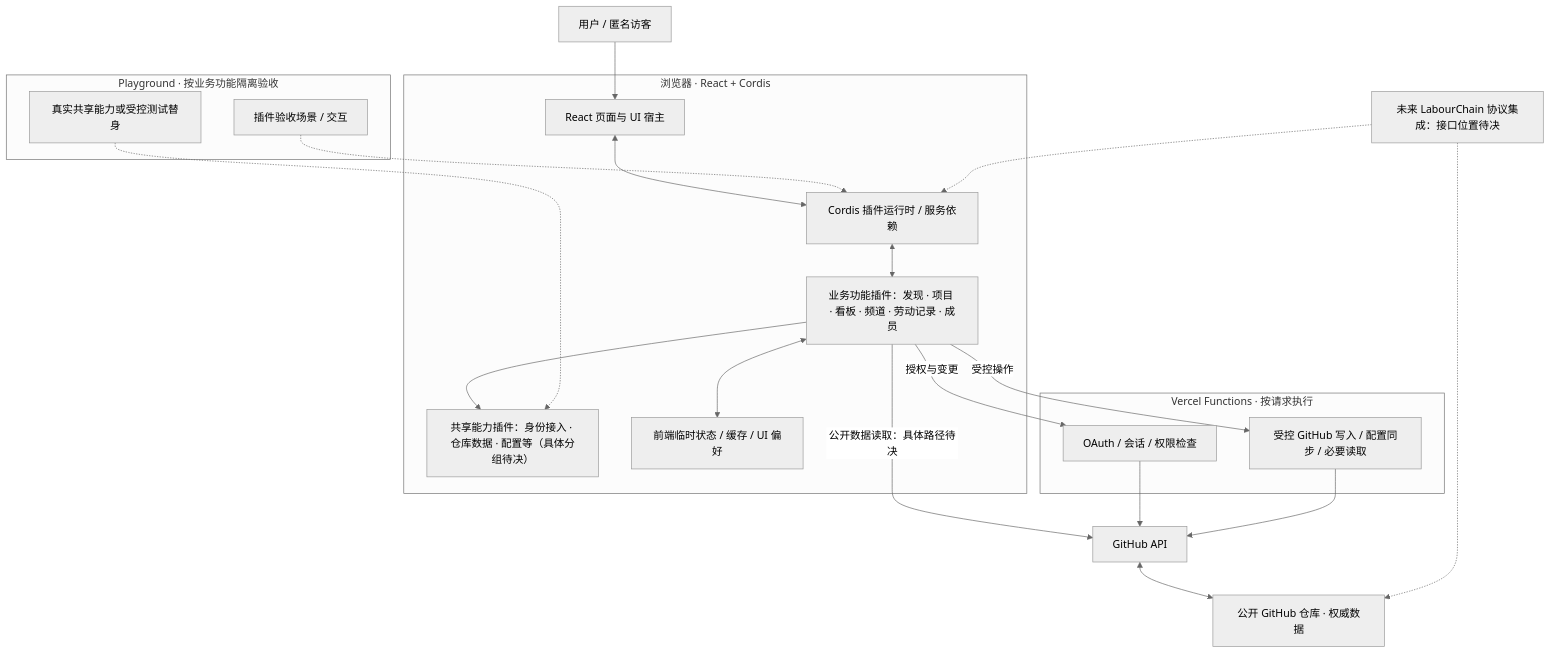
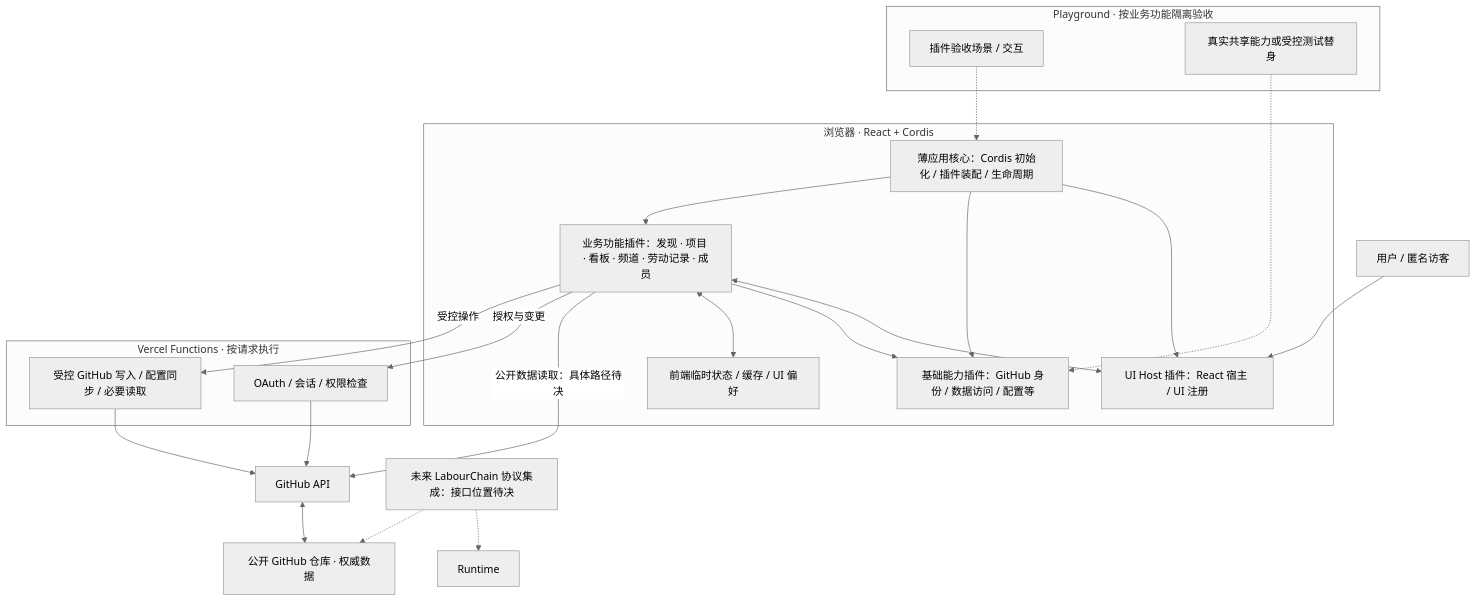
One commit to Ri0n72Y/hackathon-platform changed the diagram in docs/architecture.md. Above: the diagram before and after it, drawn with Mermaid (neutral theme). The commit also changed other lines of this file, not shown here.

Commit message:
docs: confirm thin core and plugin ownership in architecture map

````diff
--- a/docs/architecture.md
+++ b/docs/architecture.md
@@ -30,33 +32,35 @@
 ```mermaid
 flowchart TB
   User["用户 / 匿名访客"] --> UI
   subgraph Browser["浏览器 · React + Cordis"]
-    UI["React 页面与 UI 宿主"]
-    Runtime["Cordis 插件运行时 / 服务依赖"]
-    Shared["共享能力插件：身份接入 · 仓库数据 · 配置等（具体分组待决）"]
+    Core["薄应用核心：Cordis 初始化 / 插件装配 / 生命周期"]
+    UI["UI Host 插件：React 宿主 / UI 注册"]
+    Shared["基础能力插件：GitHub 身份 / 数据访问 / 配置等"]
     Features["业务功能插件：发现 · 项目 · 看板 · 频道 · 劳动记录 · 成员"]
     State["前端临时状态 / 缓存 / UI 偏好"]
-    UI <--> Runtime
-    Runtime <--> Features
+    Core --> UI
+    Core --> Shared
+    Core --> Features
+    Features <--> UI
     Features --> Shared
     Features <--> State
   end
   subgraph PG["Playground · 按业务功能隔离验收"]
     Cases["插件验收场景 / 交互"]
     Supports["真实共享能力或受控测试替身"]
   end
-  Cases -.-> Runtime
+  Cases -.-> Core
   Supports -.-> Shared
   subgraph Server["Vercel Functions · 按请求执行"]
     Auth["OAuth / 会话 / 权限检查"]
     Ops["受控 GitHub 写入 / 配置同步 / 必要读取"]
   end
   Features -->|"公开数据读取：具体路径待决"| GH["GitHub API"]
   Features -->|"授权与变更"| Auth
   Features -->|"受控操作"| Ops
   Auth --> GH
   Ops --> GH
   GH <--> Repos["公开 GitHub 仓库 · 权威数据"]
   Future["未来 LabourChain 协议集成：接口位置待决"] -.-> Runtime
   Future -.-> Repos
 ```
````
